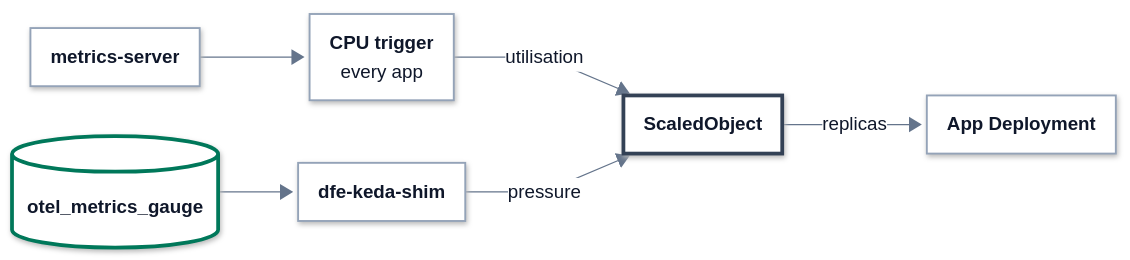
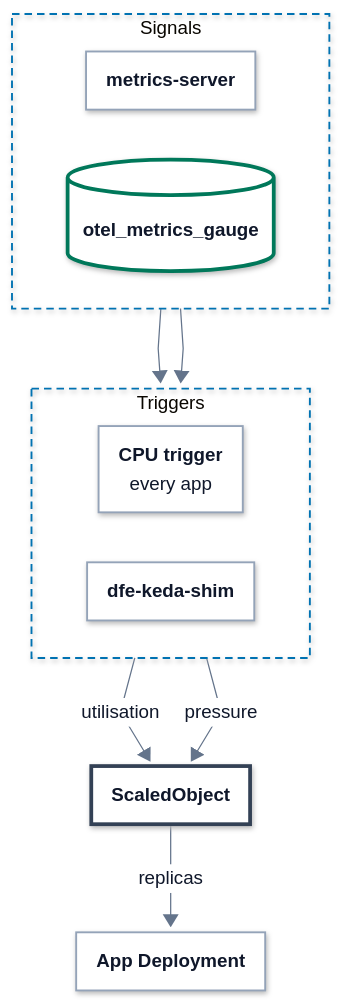
Before and after one commit to hyperi-io/dfe-engine: the diagram in docs/deployment/keda-scaling.md, drawn with Mermaid. The commit also changed other lines of this file and 32 other files, not shown here.

First line of the commit message:
docs(architecture): engine page to the standard, diagrams to 860 px (#1209)

````diff
--- a/docs/deployment/keda-scaling.md
+++ b/docs/deployment/keda-scaling.md
@@ -87,14 +87,20 @@
     .ui .label-icon{color:#D9480F}
     .ext .label-icon{color:#64748B}
 ---
-flowchart LR
+flowchart TB
   accTitle: L4 Detail -- KEDA triggers
   accDescr: metrics-server feeds the CPU trigger on every app. The scaling_pressure gauge rows in otel_metrics_gauge feed dfe-keda-shim, which serves the pressure on the ingest apps. KEDA's ScaledObject takes the higher of the two and sets the app Deployment's replicas.
 
-  ms["<b>metrics-server</b>"]
-  gauge[("<b>otel_metrics_gauge</b>")]
-  cpu["<b>CPU trigger</b><br/><span>every app</span>"]
-  shim["<b>dfe-keda-shim</b>"]
+  subgraph signals["Signals"]
+    direction LR
+    ms["<b>metrics-server</b>"]
+    gauge[("<b>otel_metrics_gauge</b>")]
+  end
+  subgraph triggers["Triggers"]
+    direction LR
+    cpu["<b>CPU trigger</b><br/><span>every app</span>"]
+    shim["<b>dfe-keda-shim</b>"]
+  end
   so["<b>ScaledObject</b>"]
   dep["<b>App Deployment</b>"]
 
@@ -103,6 +109,9 @@
   cpu -->|utilisation| so
   shim -->|pressure| so
   so -->|replicas| dep
+  class gauge store
+  class so control
+  class ms,cpu,shim,dep part
   classDef ext fill:#F4F6F8,stroke:#94A3B8,stroke-width:1.5px,stroke-dasharray:5 4,color:#0F172A
   classDef ingest fill:#FFFFFF,stroke:#0E8A7D,stroke-width:3px,color:#0F172A
   classDef xform fill:#FFFFFF,stroke:#7B4FB0,stroke-width:3px,color:#0F172A
@@ -114,7 +123,6 @@
   classDef error fill:#FFFFFF,stroke:#C2410C,stroke-width:3px,color:#0F172A
   classDef control fill:#FFFFFF,stroke:#334155,stroke-width:3px,color:#0F172A
   classDef part fill:#FFFFFF,stroke:#94A3B8,stroke-width:1.5px,color:#0F172A
-  class gauge store
-  class so control
-  class ms,cpu,shim,dep part
+  style signals fill:none,stroke:#0072B2,stroke-width:1.5px,stroke-dasharray:6 4
+  style triggers fill:none,stroke:#0072B2,stroke-width:1.5px,stroke-dasharray:6 4
 ```
````
